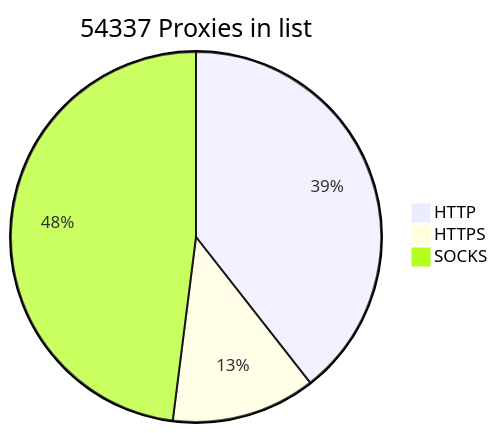
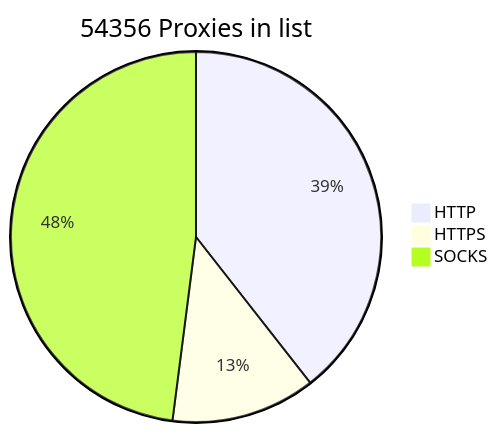
One commit to BlackSnowDot/proxylist-update-every-minute changed the diagram in README.md. Above: the diagram before and after it, drawn with Mermaid.

````diff
--- a/README.md
+++ b/README.md
@@ -2,6 +2,6 @@
 ```mermaid
-pie title 54337 Proxies in list
-    "HTTP" : 23986
-    "HTTPS": 7657
+pie title 54356 Proxies in list
+    "HTTP" : 23997
+    "HTTPS": 7674
     "SOCKS" : 29201
 ```
````
